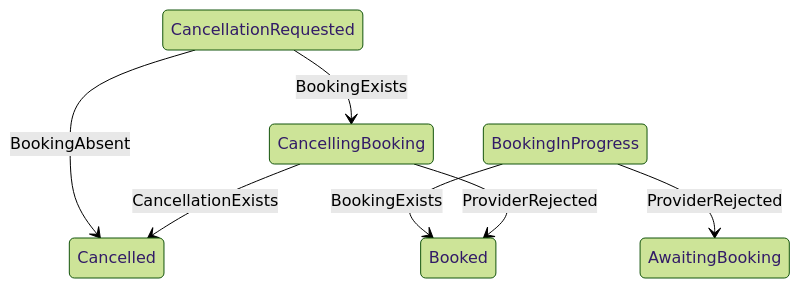
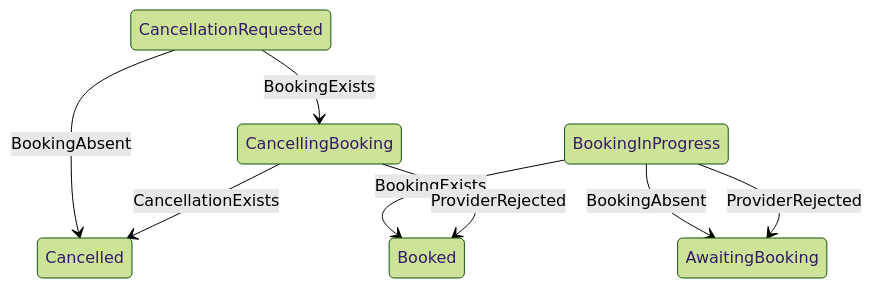
One commit to saibaneer/bld-townhall changed the second of 3 diagrams in docs/state-machine.md. Above: the diagram before and after it, drawn with Mermaid (forest theme). The commit also changed other lines of this file, not shown here.

First line of the commit message:
docs: definitive absence must converge from BookingInProgress too

````diff
--- a/docs/state-machine.md
+++ b/docs/state-machine.md
@@ -47,11 +47,12 @@
 ```mermaid
 stateDiagram-v2
     BookingInProgress --> Booked: BookingExists
+    BookingInProgress --> AwaitingBooking: BookingAbsent
     BookingInProgress --> AwaitingBooking: ProviderRejected
 
     CancellationRequested --> CancellingBooking: BookingExists
     CancellationRequested --> Cancelled: BookingAbsent
 
     CancellingBooking --> Cancelled: CancellationExists
     CancellingBooking --> Booked: ProviderRejected
 ```
````
